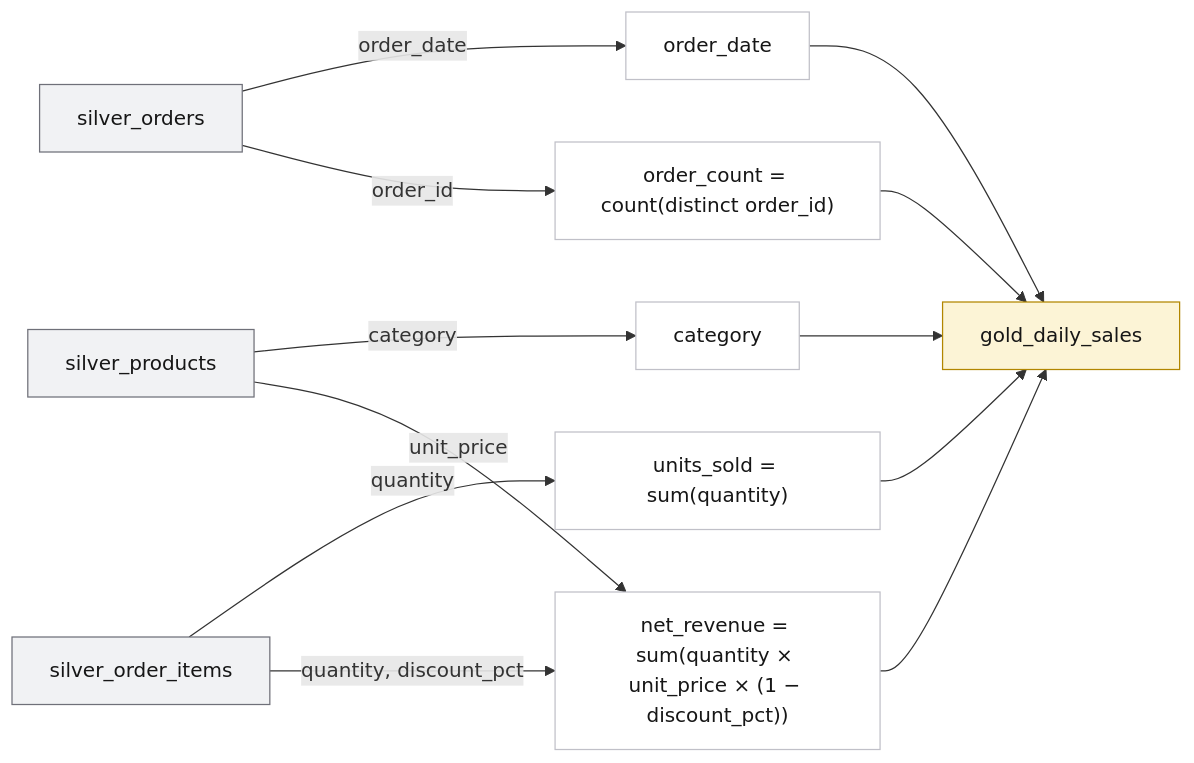
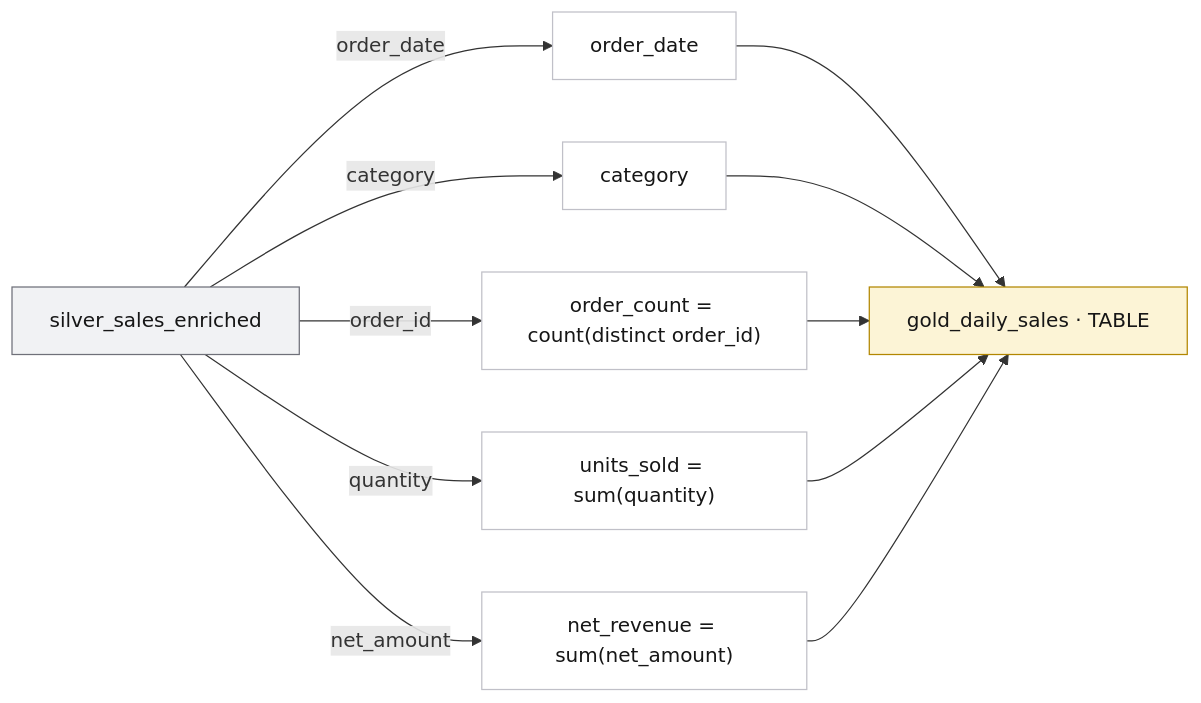
The second of 5 diagrams in docs/lineage.md (aseelert/ibmas-watsonxdata-dbt), drawn with Mermaid before and after one commit. The commit also changed other lines of this file and 23 other files, not shown here.

First line of the commit message:
Databricks-style medallion: enriched silver + gold table/view, redesigned docs

````diff
--- a/docs/lineage.md
+++ b/docs/lineage.md
@@ -230,29 +294,26 @@
 ```mermaid
 flowchart LR
   classDef silver fill:#f1f2f4,stroke:#6f7079,color:#161616;
   classDef gold   fill:#fcf4d6,stroke:#b28600,color:#161616;
   classDef col    fill:#ffffff,stroke:#c0c0c8,color:#161616;
 
-  o["silver_orders"]:::silver
-  i["silver_order_items"]:::silver
-  p["silver_products"]:::silver
+  se["silver_sales_enriched"]:::silver
 
   od["order_date"]:::col
   cat["category"]:::col
   oc["order_count = count(distinct order_id)"]:::col
   us["units_sold = sum(quantity)"]:::col
-  nr["net_revenue = sum(quantity × unit_price × (1 − discount_pct))"]:::col
+  nr["net_revenue = sum(net_amount)"]:::col
 
-  o -->|order_date| od
-  p -->|category| cat
-  o -->|order_id| oc
-  i -->|quantity| us
-  i -->|quantity, discount_pct| nr
-  p -->|unit_price| nr
+  se -->|order_date| od
+  se -->|category| cat
+  se -->|order_id| oc
+  se -->|quantity| us
+  se -->|net_amount| nr
 
-  od --> G["gold_daily_sales"]:::gold
+  od --> G["gold_daily_sales · TABLE"]:::gold
   cat --> G
   oc --> G
   us --> G
   nr --> G
 ```
````
